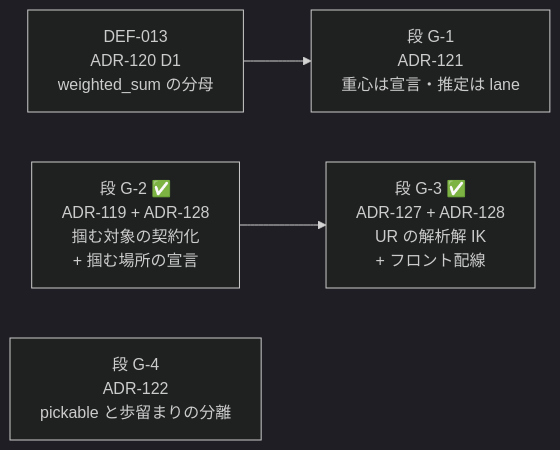
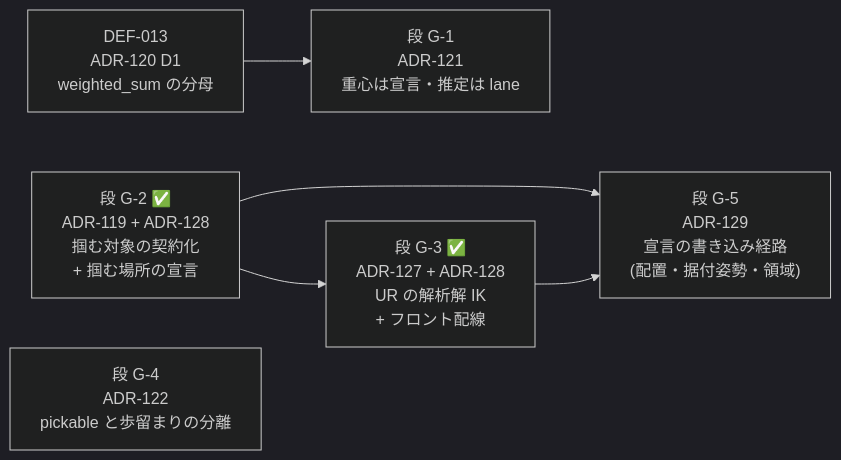
Before and after one commit to yuubae215/easy-extrude: the diagram in docs/grasp/implementation-order.md, drawn with Mermaid (dark theme). The commit also changed other lines of this file and 6 other files, not shown here.

First line of the commit message:
docs(grasp): 宣言は、それを書いたインスタンスより長生きする — 配置・据付姿勢・掴む領域を文書の ref に預ける (ADR-129)

````diff
--- a/docs/grasp/implementation-order.md
+++ b/docs/grasp/implementation-order.md
@@ -27,9 +27,12 @@
 ```mermaid
 graph LR
   D13["DEF-013<br/>ADR-120 D1<br/>weighted_sum の分母"] --> S1
   S1["段 G-1<br/>ADR-121<br/>重心は宣言・推定は lane"]
   S2["段 G-2 ✅<br/>ADR-119 + ADR-128<br/>掴む対象の契約化<br/>+ 掴む場所の宣言"]
   S3["段 G-4<br/>ADR-122<br/>pickable と歩留まりの分離"]
   S2 --> S4
   S4["段 G-3 ✅<br/>ADR-127 + ADR-128<br/>UR の解析解 IK<br/>+ フロント配線"]
+  S2 --> S5
+  S4 --> S5
+  S5["段 G-5<br/>ADR-129<br/>宣言の書き込み経路<br/>(配置・据付姿勢・領域)"]
 ```
````
